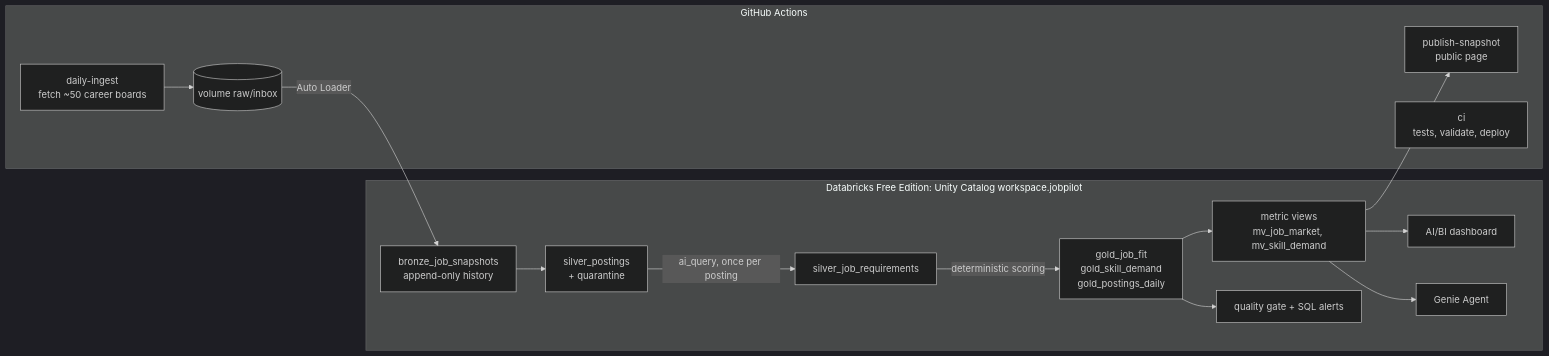
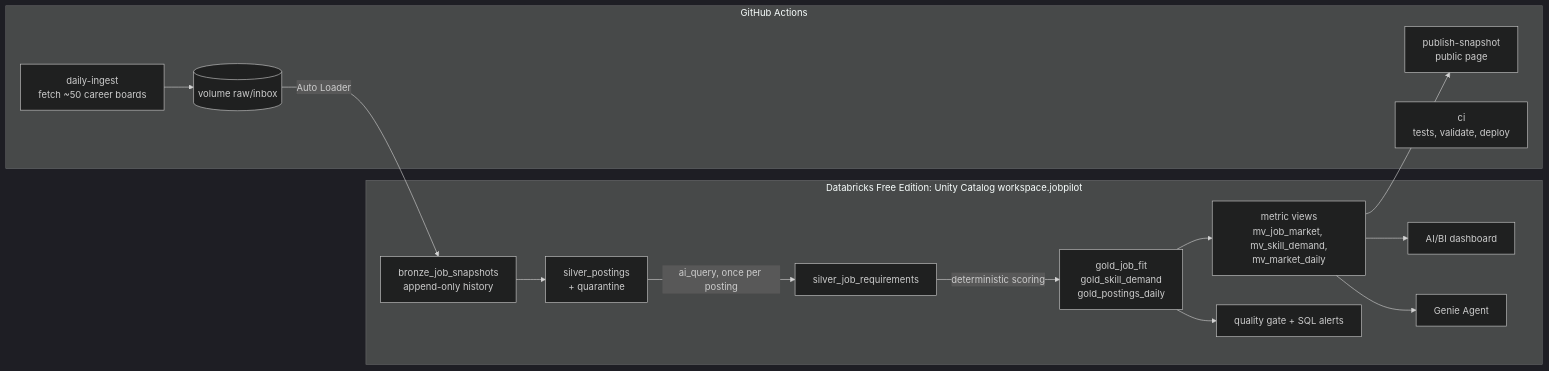
One commit to hakalaka/jobpilot changed the diagram in README.md. Above: the diagram before and after it, drawn with Mermaid (dark theme). The commit also changed 7 other files, not shown here.

````diff
--- a/README.md
+++ b/README.md
@@ -9,19 +9,19 @@
 ```mermaid
 flowchart LR
     subgraph GH[GitHub Actions]
       F[daily-ingest<br/>fetch ~50 career boards] --> V
       P[publish-snapshot<br/>public page]
       C[ci<br/>tests, validate, deploy]
     end
     subgraph DBX[Databricks Free Edition: Unity Catalog workspace.jobpilot]
       V[(volume raw/inbox)] -->|Auto Loader| B[bronze_job_snapshots<br/>append-only history]
       B --> S[silver_postings<br/>+ quarantine]
       S -->|ai_query, once per posting| R[silver_job_requirements]
       R -->|deterministic scoring| G[gold_job_fit<br/>gold_skill_demand<br/>gold_postings_daily]
-      G --> M[metric views<br/>mv_job_market, mv_skill_demand]
+      G --> M[metric views<br/>mv_job_market, mv_skill_demand,<br/>mv_market_daily]
       M --> D[AI/BI dashboard]
       M --> GA[Genie Agent]
       G --> Q[quality gate + SQL alerts]
     end
     M --> P
 ```
````
